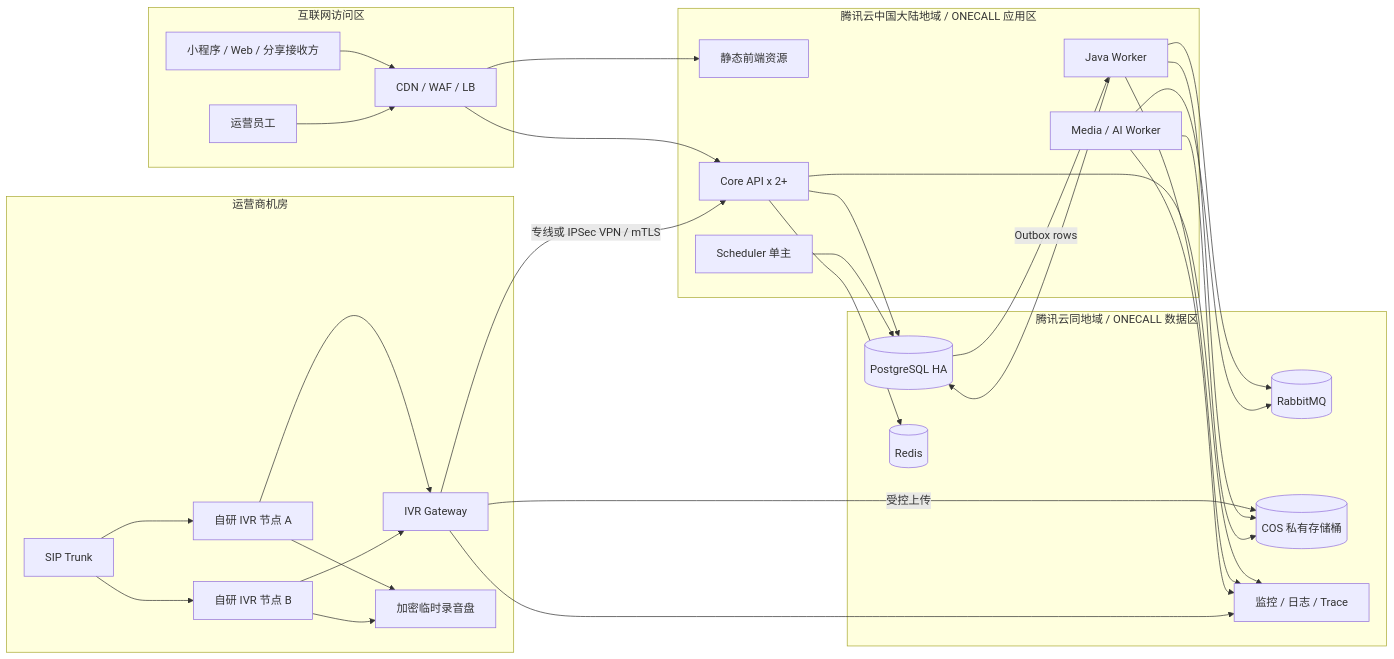
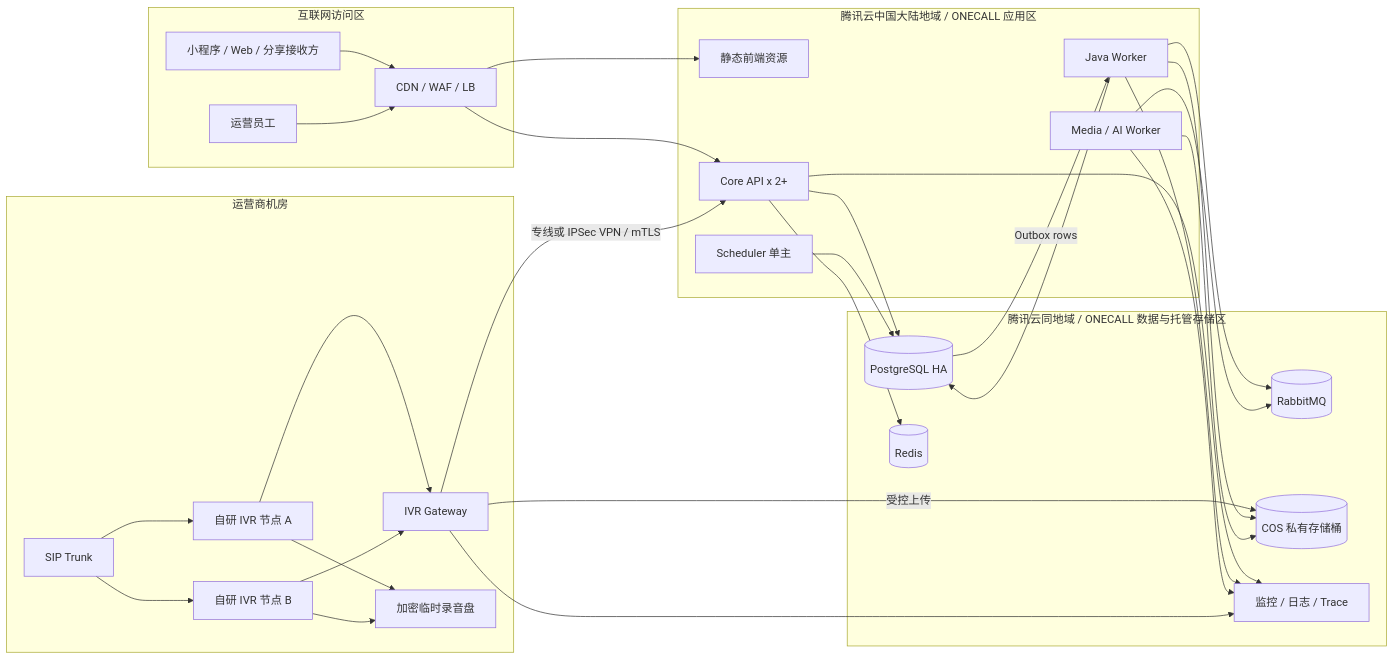
Before and after one commit to zh94695424/one-call: the second of 2 diagrams in docs/12-technology-stack-and-system-architecture.md, drawn with Mermaid. The commit also changed other lines of this file and 4 other files, not shown here.

````diff
--- a/docs/12-technology-stack-and-system-architecture.md
+++ b/docs/12-technology-stack-and-system-architecture.md
@@ -138,58 +138,58 @@
 ```mermaid
 flowchart LR
     subgraph Internet[互联网访问区]
       USERS[小程序 / Web / 分享接收方]
       STAFF[运营员工]
       WAF[CDN / WAF / LB]
     end
 
     subgraph AppZone[腾讯云中国大陆地域 / ONECALL 应用区]
       FE[静态前端资源]
       API[Core API x 2+]
       JW[Java Worker]
       SCH[Scheduler 单主]
       PY[Media / AI Worker]
     end
 
-    subgraph DataZone[腾讯云同地域 / ONECALL 数据区]
+    subgraph DataZone[腾讯云同地域 / ONECALL 数据与托管存储区]
       DB[(PostgreSQL HA)]
       RC[(Redis)]
       RMQ[(RabbitMQ)]
       STORE[(COS 私有存储桶)]
       OBS[监控 / 日志 / Trace]
     end
 
     subgraph CarrierDC[运营商机房]
       TRUNK[SIP Trunk]
       FS1[自研 IVR 节点 A]
       FS2[自研 IVR 节点 B]
       GW[IVR Gateway]
       SPOOL[加密临时录音盘]
     end
 
     USERS --> WAF
     STAFF --> WAF
     WAF --> FE
     WAF --> API
     TRUNK --> FS1
     TRUNK --> FS2
     FS1 --> GW
     FS2 --> GW
     FS1 --> SPOOL
     FS2 --> SPOOL
     GW -->|专线或 IPSec VPN / mTLS| API
     GW -->|受控上传| STORE
     API --> DB
     API --> RC
     JW --> DB
     DB -->|Outbox rows| JW
     JW --> RMQ
     JW --> STORE
     SCH --> DB
     PY --> RMQ
     PY --> STORE
     API --> OBS
     JW --> OBS
     PY --> OBS
     GW --> OBS
 ```
````
